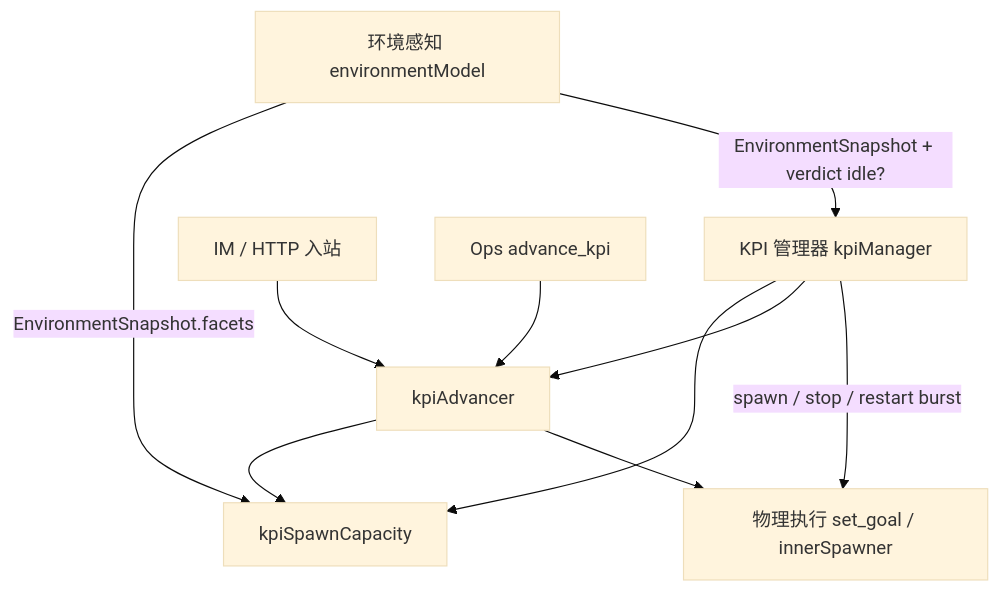
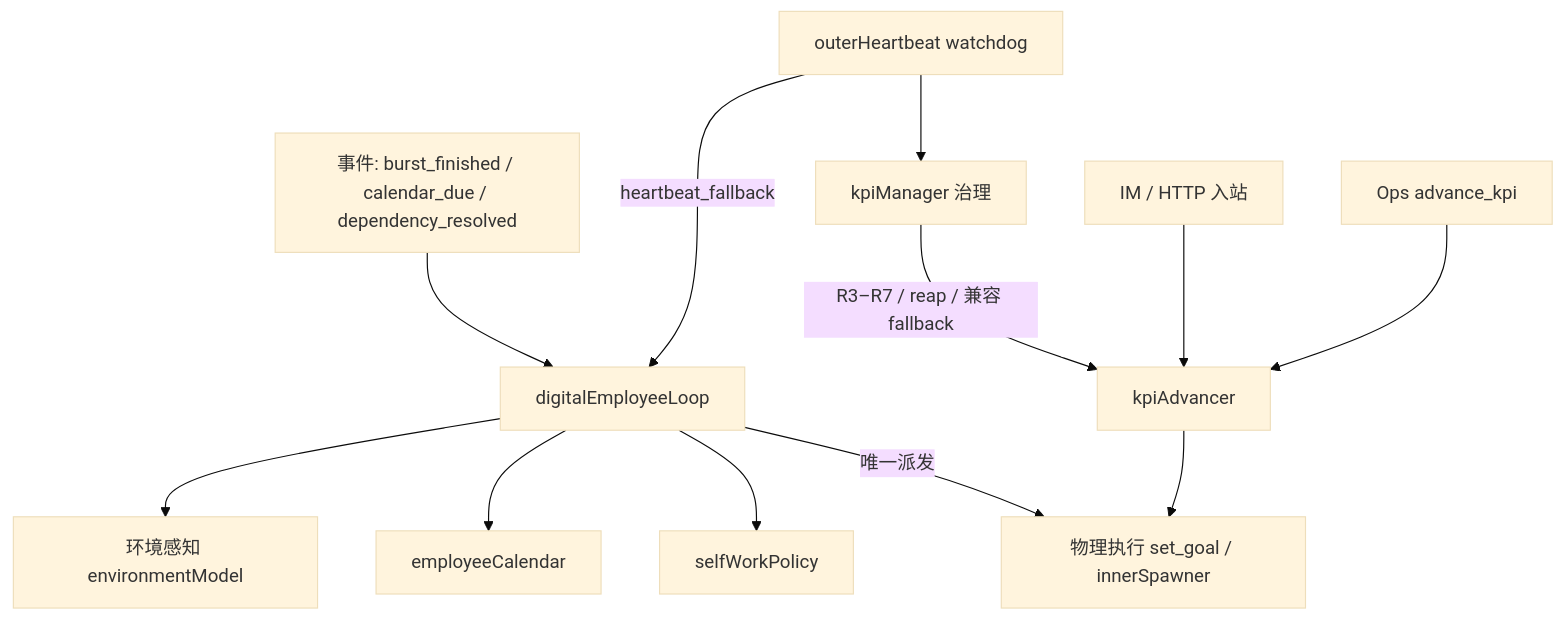
The diagram in doc/structurizr/KPI-MANAGER-LAYER.md (shinjiyu/amadues), drawn with Mermaid (base theme) before and after one commit. The commit also changed other lines of this file and 69 other files, not shown here.

First line of the commit message:
feat(autonomy): digital employee loop + chat status commands

````diff
--- a/doc/structurizr/KPI-MANAGER-LAYER.md
+++ b/doc/structurizr/KPI-MANAGER-LAYER.md
@@ -13,18 +15,24 @@
 ```mermaid
 flowchart TB
+  TRIG[事件: burst_finished / calendar_due / dependency_resolved]
+  LOOP[digitalEmployeeLoop]
   ENV[环境感知 environmentModel]
-  CAP[kpiSpawnCapacity]
-  KPI[KPI 管理器 kpiManager]
+  CAL[employeeCalendar]
+  POL[selfWorkPolicy]
+  EXEC[物理执行 set_goal / innerSpawner]
+  KPI[kpiManager 治理]
   ADV[kpiAdvancer]
-  EXEC[物理执行 set_goal / innerSpawner]
+  HB[outerHeartbeat watchdog]
 
-  ENV -->|"EnvironmentSnapshot.facets"| CAP
-  ENV -->|"EnvironmentSnapshot + verdict idle?"| KPI
-  KPI --> CAP
-  KPI --> ADV
-  ADV --> CAP
-  KPI -->|"spawn / stop / restart burst"| EXEC
+  TRIG --> LOOP
+  HB -->|"heartbeat_fallback"| LOOP
+  LOOP --> ENV
+  LOOP --> CAL
+  LOOP --> POL
+  LOOP -->|"唯一派发"| EXEC
+  HB --> KPI
+  KPI -->|"R3–R7 / reap / 兼容 fallback"| ADV
   ADV --> EXEC
   IM[IM / HTTP 入站] --> ADV
   OPS[Ops advance_kpi] --> ADV
 ```
````
